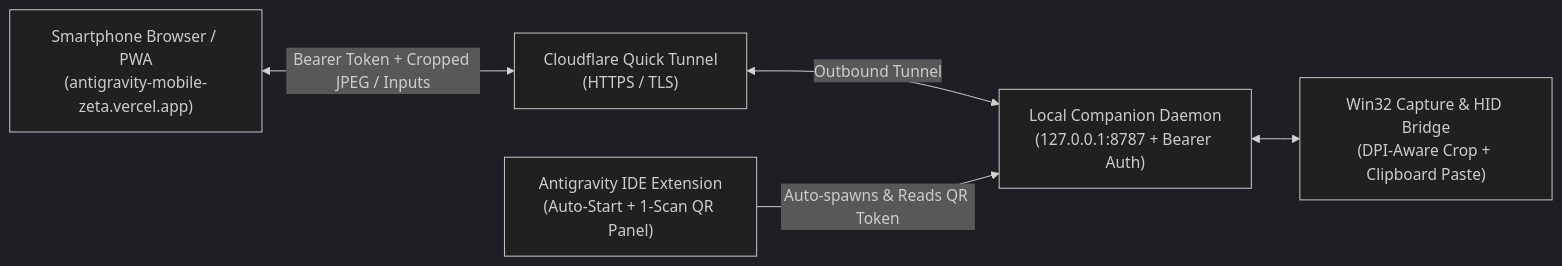
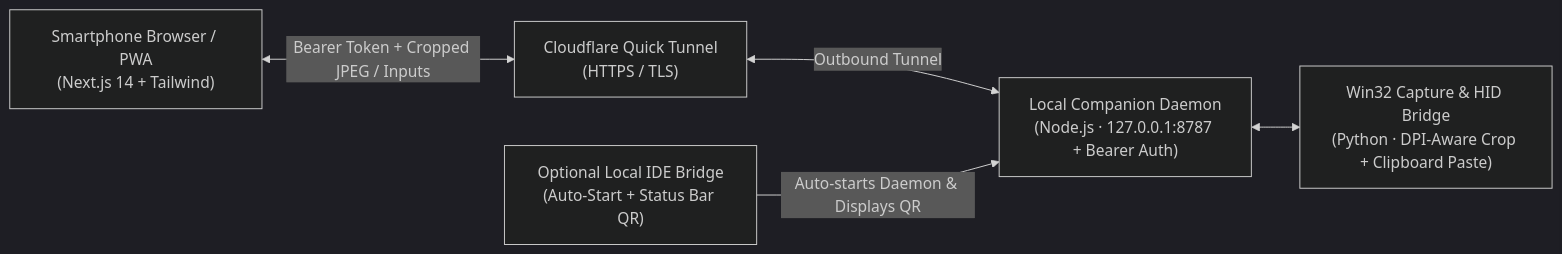
Before and after one commit to iamnih4l/antigravity-mobile: the diagram in README.md, drawn with Mermaid (dark theme). The commit also changed other lines of this file and 2 other files, not shown here.

````diff
--- a/README.md
+++ b/README.md
@@ -24,13 +22,13 @@
 ```mermaid
 flowchart LR
-  Phone["Smartphone Browser / PWA<br/>(antigravity-mobile-zeta.vercel.app)"]
+  Phone["Smartphone Browser / PWA<br/>(Next.js 14 + Tailwind)"]
   CF["Cloudflare Quick Tunnel<br/>(HTTPS / TLS)"]
-  Daemon["Local Companion Daemon<br/>(127.0.0.1:8787 + Bearer Auth)"]
-  Helper["Win32 Capture & HID Bridge<br/>(DPI-Aware Crop + Clipboard Paste)"]
-  IDE["Antigravity IDE Extension<br/>(Auto-Start + 1-Scan QR Panel)"]
+  Daemon["Local Companion Daemon<br/>(Node.js · 127.0.0.1:8787 + Bearer Auth)"]
+  Helper["Win32 Capture & HID Bridge<br/>(Python · DPI-Aware Crop + Clipboard Paste)"]
+  IDE["Optional Local IDE Bridge<br/>(Auto-Start + Status Bar QR)"]
 
   Phone <-->|"Bearer Token + Cropped JPEG / Inputs"| CF
   CF <-->|"Outbound Tunnel"| Daemon
   Daemon <--> Helper
-  IDE -->|"Auto-spawns & Reads QR Token"| Daemon
+  IDE -->|"Auto-starts Daemon & Displays QR"| Daemon
 ```
````
